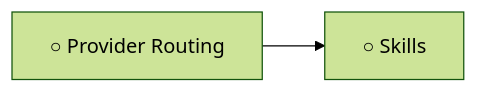
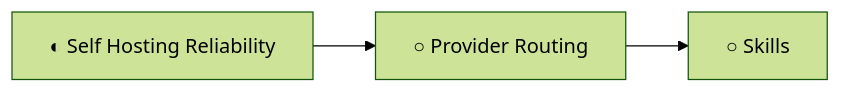
One commit to RedEagleSoftware/the-circus changed the fourth of 4 diagrams in docs/capability-tree.md. Above: the diagram before and after it, drawn with Mermaid (forest theme). The commit also changed other lines of this file and 3 other files, not shown here.

Commit message:
Document issue 19 strategic roadmap update

````diff
--- a/docs/capability-tree.md
+++ b/docs/capability-tree.md
@@ -47,7 +61,9 @@
 ```mermaid
 flowchart LR
+    selfhost["◐ Self Hosting Reliability"]
     providers["○ Provider Routing"]
     skills["○ Skills"]
 
+    selfhost --> providers
     providers --> skills
 ```
````
